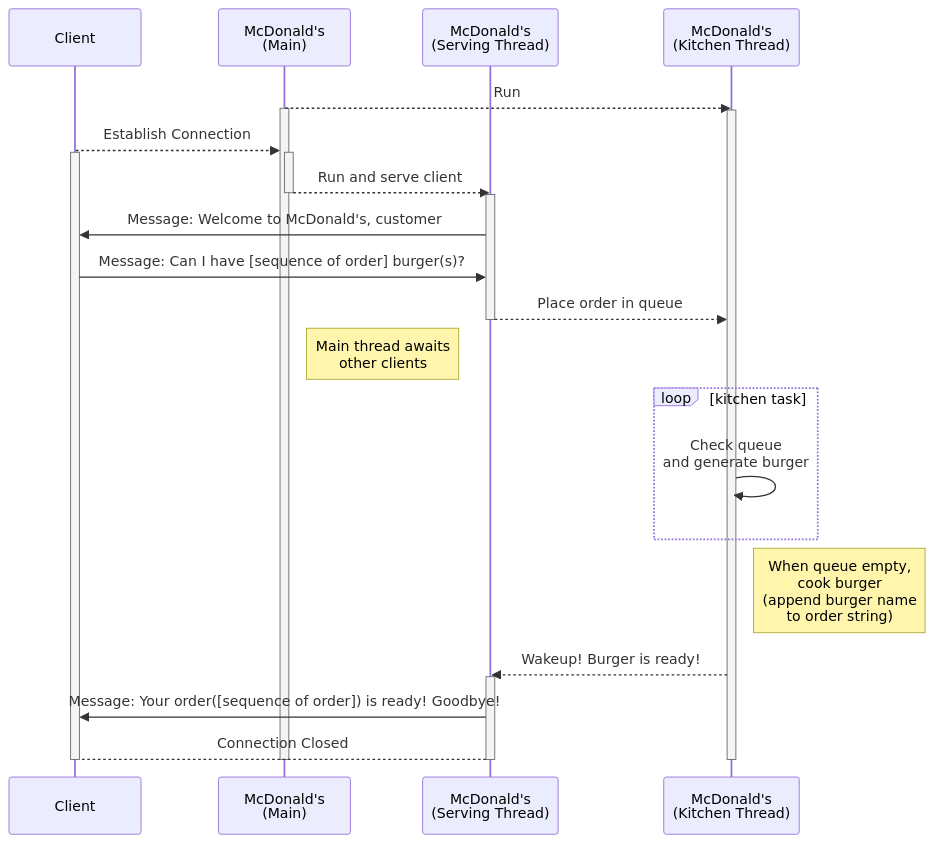
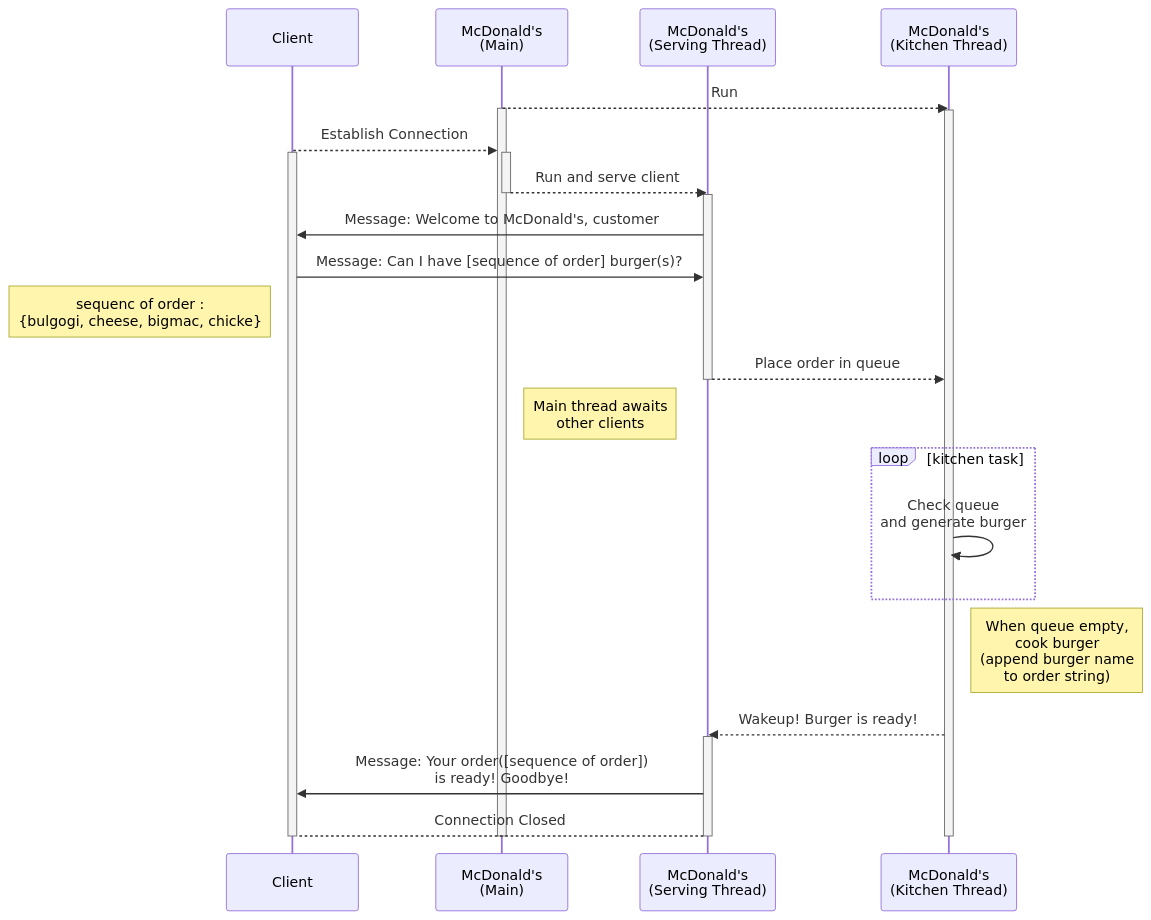
The diagram in README.md (SNU-ARC/2024_spring_sysprog_Lab5), drawn with Mermaid before and after one commit.

````diff
--- a/README.md
+++ b/README.md
@@ -170,33 +170,34 @@
 ```mermaid
 sequenceDiagram
     participant C as Client
     participant M as McDonald's<br>(Main)
     participant S as McDonald's<br>(Serving Thread)
     participant K as McDonald's<br>(Kitchen Thread)
     M-->>K: Run
     Activate M
     Activate K
     C-->>M: Establish Connection
     Activate M
     Activate C
     M-->>S: Run and serve client
     Activate S
     Deactivate M
     S->>C: Message: Welcome to McDonald's, customer #xx
     C->>S: Message: Can I have [sequence of order] burger(s)?
+    Note left of C : sequenc of order :<br> {bulgogi, cheese, bigmac, chicke}
     S-->>K: Place order in queue
     Deactivate S
     Note right of M: Main thread awaits<br>other clients
     loop kitchen task
       K->>K: Check queue <br> and generate burger
     end
     Note right of K: When queue empty,<br>cook burger<br>(append burger name<br>to order string)
     K-->>S: Wakeup! Burger is ready!
     Activate S
-    S->>C: Message: Your order([sequence of order]) is ready! Goodbye!
+    S->>C: Message: Your order([sequence of order]) <br>is ready! Goodbye!
     S-->C: Connection Closed
     Deactivate C
     Deactivate K
     Deactivate S
     Deactivate M
 ```
````
